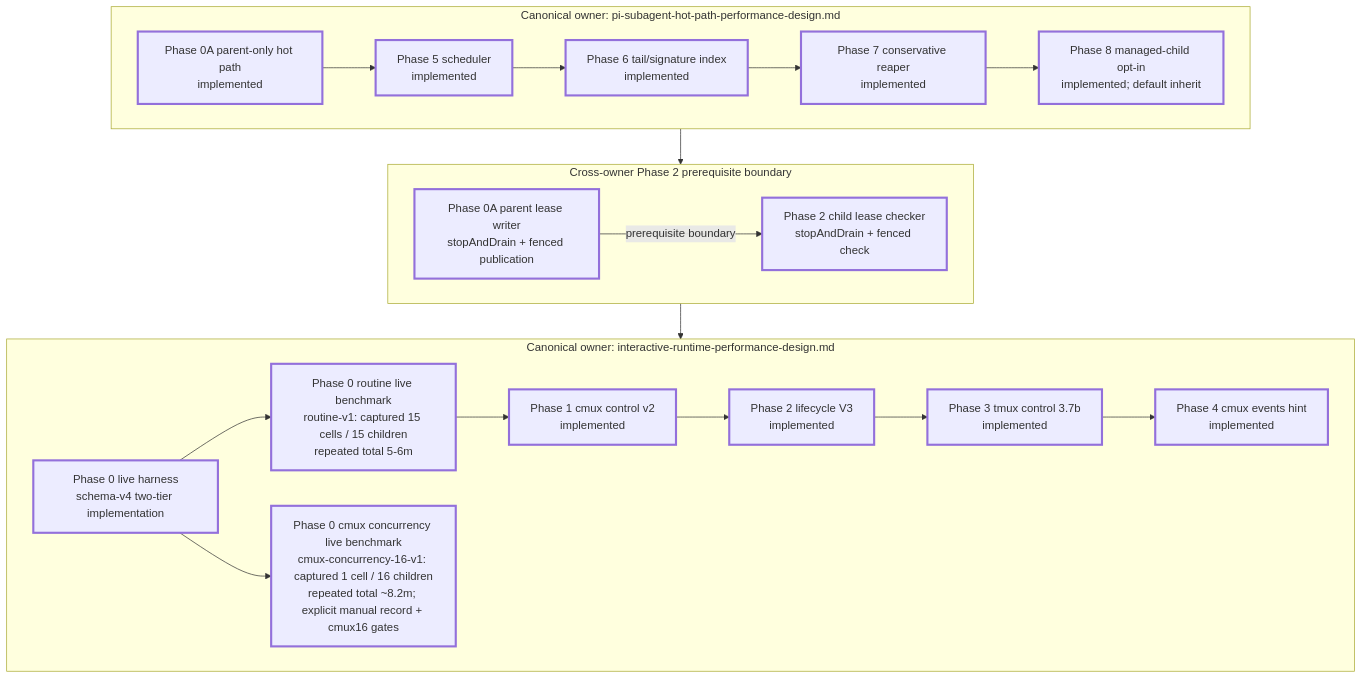
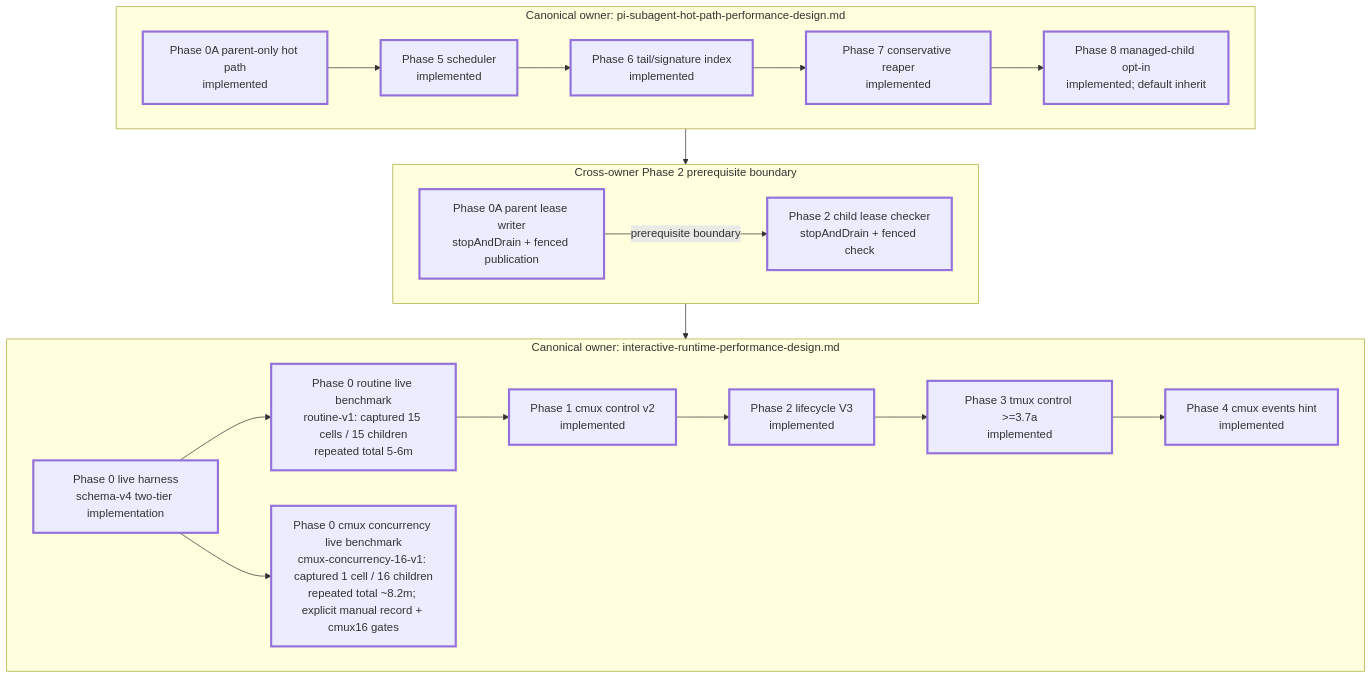
The diagram in docs/diagram/performance-phase-map.mmd (spi-ca/pi-subagent), drawn with Mermaid before and after one commit. The commit also changed 39 other files, not shown here.

```diff
--- a/docs/diagram/performance-phase-map.mmd
+++ b/docs/diagram/performance-phase-map.mmd
@@ -1,37 +1,37 @@
 flowchart TB
   subgraph TransportOwner[Canonical owner: interactive-runtime-performance-design.md]
     direction LR
     P0H[Phase 0 live harness<br/>schema-v4 two-tier implementation]
     P0R[Phase 0 routine live benchmark<br/>routine-v1: captured 15 cells / 15 children<br/>repeated total 5-6m]
     P0C[Phase 0 cmux concurrency live benchmark<br/>cmux-concurrency-16-v1: captured 1 cell / 16 children<br/>repeated total ~8.2m; explicit manual record + cmux16 gates]
     P1[Phase 1 cmux control v2<br/>implemented]
     P2[Phase 2 lifecycle V3<br/>implemented]
-    P3[Phase 3 tmux control 3.7b<br/>implemented]
+    P3[Phase 3 tmux control >=3.7a<br/>implemented]
     P4[Phase 4 cmux events hint<br/>implemented]
     P0H --> P0R
     P0H --> P0C
     P0R --> P1 --> P2 --> P3 --> P4
   end
 
   subgraph InternalOwner[Canonical owner: pi-subagent-hot-path-performance-design.md]
     direction LR
     P0A[Phase 0A parent-only hot path<br/>implemented]
     P5[Phase 5 scheduler<br/>implemented]
     P6[Phase 6 tail/signature index<br/>implemented]
     P7[Phase 7 conservative reaper<br/>implemented]
     P8[Phase 8 managed-child opt-in<br/>implemented; default inherit]
     P0A --> P5 --> P6 --> P7 --> P8
   end
 
   subgraph LeaseBoundary[Cross-owner Phase 2 prerequisite boundary]
     direction LR
     L0A[Phase 0A parent lease writer<br/>stopAndDrain + fenced publication]
     L2[Phase 2 child lease checker<br/>stopAndDrain + fenced check]
     L0A -->|prerequisite boundary| L2
   end
 
   P0A --> L0A
   L2 --> P2
 
   classDef implemented stroke-width:3px
   class P0H,P0R,P0C,P0A,P1,P2,P3,P4,P5,P6,P7,P8,L0A,L2 implemented
```
